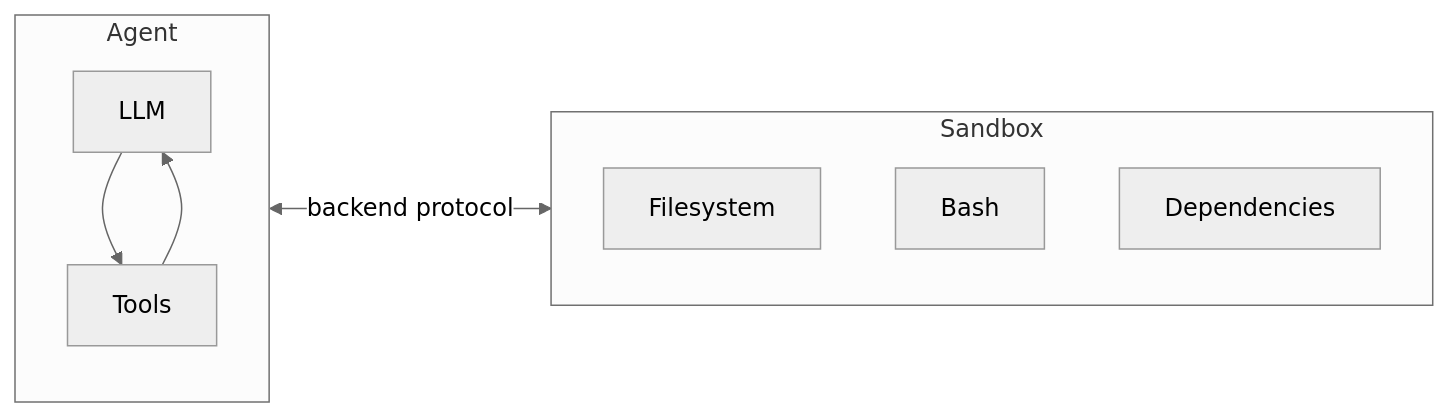
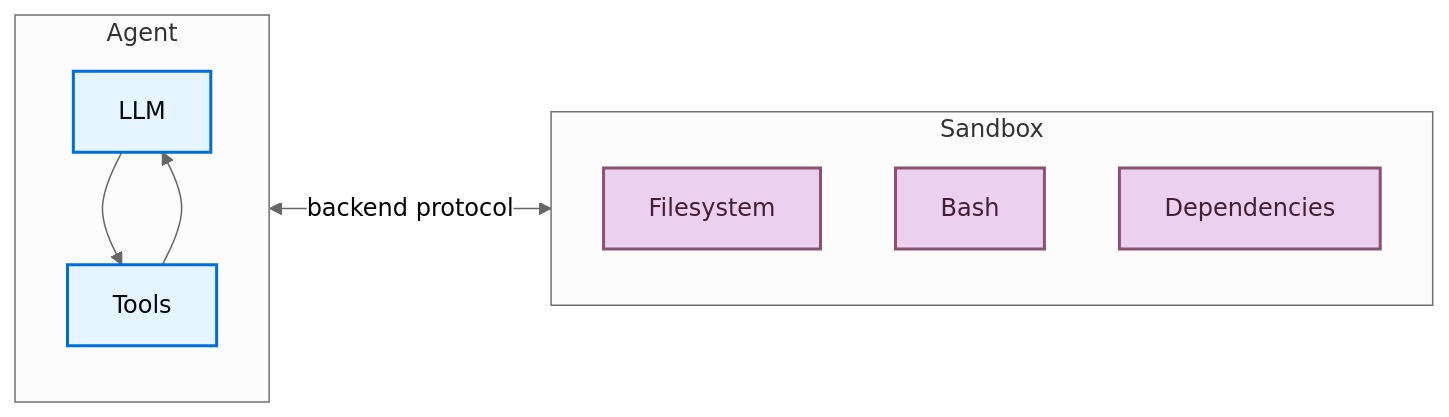
Before and after one commit to fede-kamel/docs-1: the first of 3 diagrams in build/oss/javascript/deepagents/sandboxes.mdx, drawn with Mermaid (neutral theme). The commit also changed other lines of this file and 3929 other files, not shown here.

````diff
--- a/build/oss/javascript/deepagents/sandboxes.mdx
+++ b/build/oss/javascript/deepagents/sandboxes.mdx
@@ -18,15 +31,21 @@
 ```mermaid
 graph LR
     subgraph Agent
         LLM --> Tools
         Tools --> LLM
     end
 
     Agent <-- backend protocol --> Sandbox
 
     subgraph Sandbox
         Filesystem
         Bash
         Dependencies
     end
+
+    classDef process fill:#E5F4FF,stroke:#006DDD,stroke-width:2px,color:#030710
+    classDef output fill:#EBD0F0,stroke:#885270,stroke-width:2px,color:#441E33
+
+    class LLM,Tools process
+    class Filesystem,Bash,Dependencies output
 ```
````
